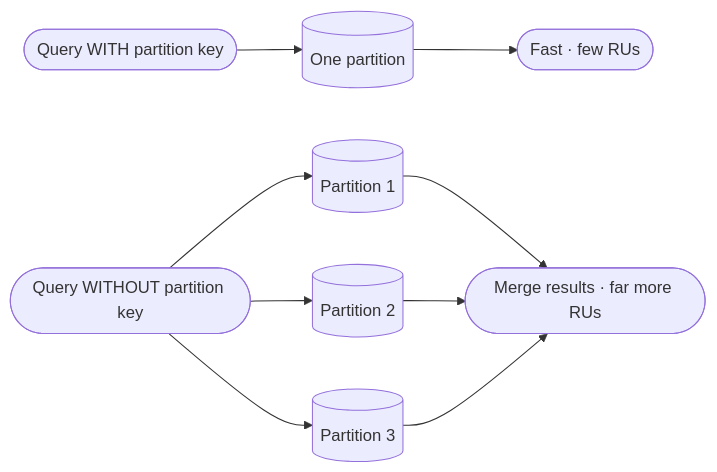
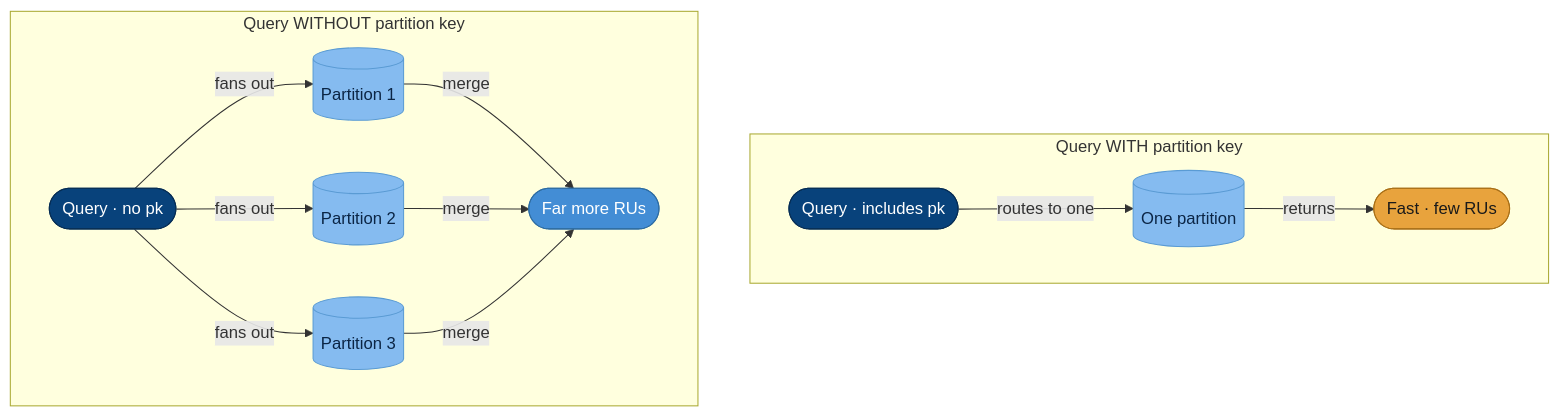
The fourth of 4 diagrams in docs/guides/cosmosdb-concepts.md (seesathish/AntKart-Src3), drawn with Mermaid before and after one commit. The commit also changed other lines of this file and 4 other files, not shown here.

First line of the commit message:
docs: standardise all concept-guide Mermaid diagrams to one visual standard

````diff
--- a/docs/guides/cosmosdb-concepts.md
+++ b/docs/guides/cosmosdb-concepts.md
@@ -135,11 +168,27 @@
 ```mermaid
-flowchart LR
-    Q1([Query WITH partition key]) --> P1[(One partition)]
-    P1 --> R1([Fast · few RUs])
-    Q2([Query WITHOUT partition key]) --> PA[(Partition 1)]
-    Q2 --> PB[(Partition 2)]
-    Q2 --> PC[(Partition 3)]
-    PA --> R2([Merge results · far more RUs])
-    PB --> R2
-    PC --> R2
+flowchart TB
+    subgraph WithKey["Query WITH partition key"]
+      Q1([Query · includes pk]) -->|routes to one| P1[(One partition)]
+      P1 -->|returns| R1([Fast · few RUs])
+    end
+    subgraph WithoutKey["Query WITHOUT partition key"]
+      Q2([Query · no pk]) -->|fans out| PA[(Partition 1)]
+      Q2 -->|fans out| PB[(Partition 2)]
+      Q2 -->|fans out| PC[(Partition 3)]
+      PA -->|merge| R2([Far more RUs])
+      PB -->|merge| R2
+      PC -->|merge| R2
+    end
+
+    classDef actor   fill:#08427B,stroke:#052c54,color:#ffffff;
+    classDef primary fill:#1168BD,stroke:#0b4a87,color:#ffffff;
+    classDef service fill:#438DD5,stroke:#2d6ca3,color:#ffffff;
+    classDef data    fill:#85BBF0,stroke:#5a9bd4,color:#0b2545;
+    classDef external fill:#8B8B8B,stroke:#5f5f5f,color:#ffffff;
+    classDef focus   fill:#E8A33D,stroke:#a96f16,color:#1a1a1a;
+
+    class Q1,Q2 actor
+    class P1,PA,PB,PC data
+    class R2 service
+    class R1 focus
 ```
````
